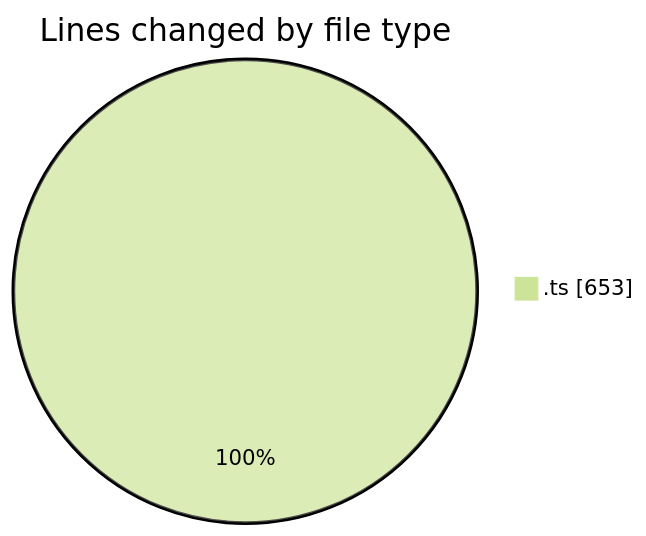
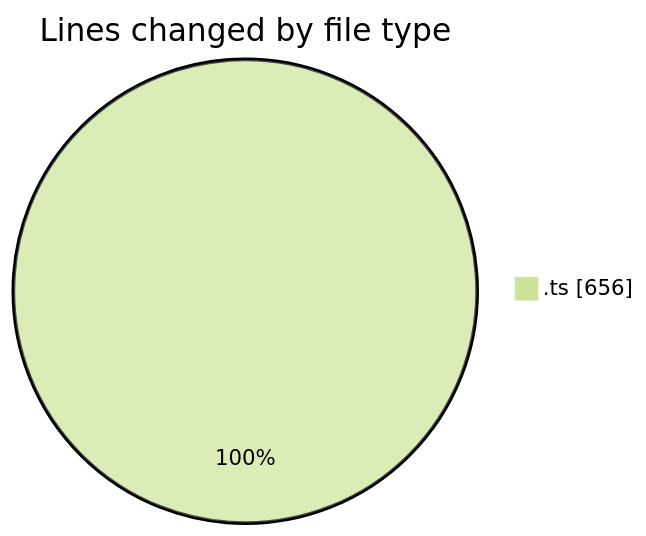
Before and after one commit to robertbonfada/code-tracking: the first of 2 diagrams in 2025-03-03/lumine-web/README.md, drawn with Mermaid (forest theme). The commit also changed other lines of this file and 1 other file, not shown here.

````diff
--- a/2025-03-03/lumine-web/README.md
+++ b/2025-03-03/lumine-web/README.md
@@ -20,5 +20,5 @@
 ```mermaid
 pie showData
 title Lines changed by file type
-".ts" : 653
+".ts" : 656
 ```
````
